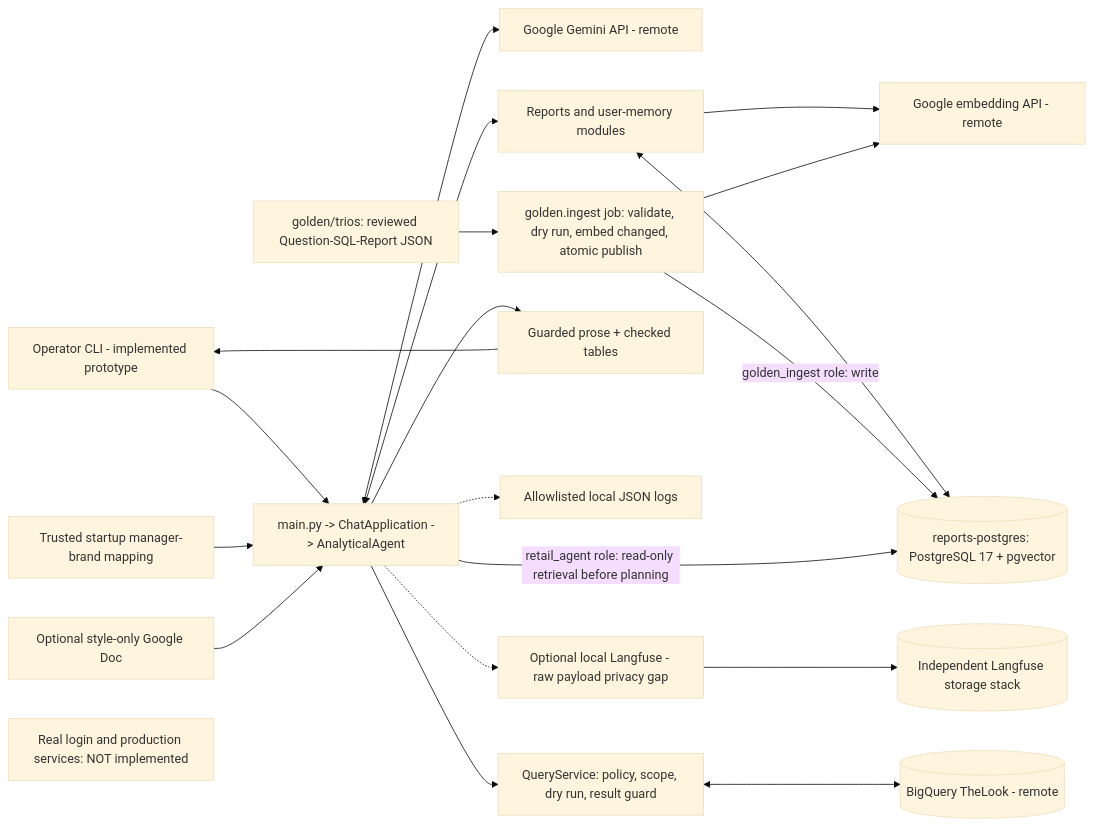
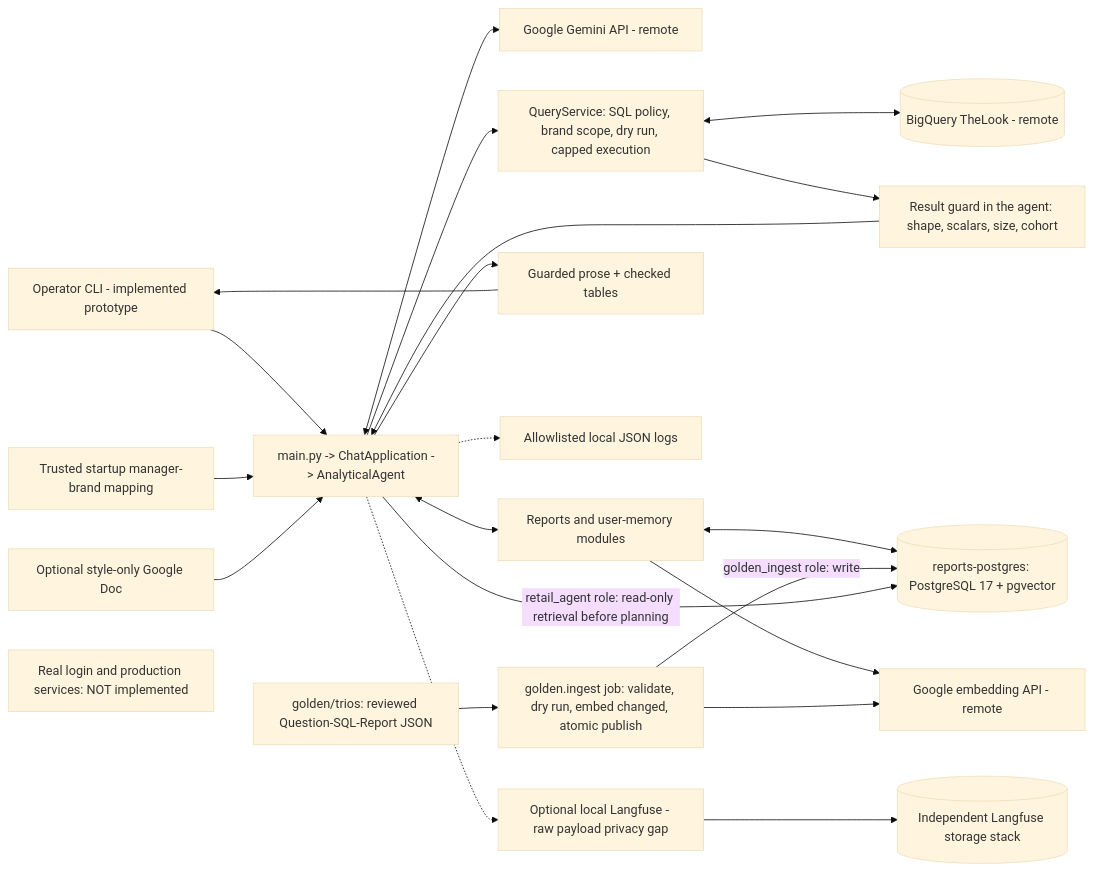
One commit to BenFruit/opsfleet_retail changed the diagram in HLD/architecture-overview.mmd. Above: the diagram before and after it, drawn with Mermaid (base theme). The commit also changed 44 other files, not shown here.

```diff
--- a/HLD/architecture-overview.mmd
+++ b/HLD/architecture-overview.mmd
@@ -1,20 +1,22 @@
 flowchart LR
     U["Operator CLI - implemented prototype"] --> APP["main.py -> ChatApplication -> AnalyticalAgent"]
     ACCESS["Trusted startup manager-brand mapping"] --> APP
     DOC["Optional style-only Google Doc"] --> APP
     APP <--> LLM["Google Gemini API - remote"]
-    APP --> QS["QueryService: policy, scope, dry run, result guard"]
+    APP --> QS["QueryService: SQL policy, brand scope, dry run, capped execution"]
     QS <--> BQ[("BigQuery TheLook - remote")]
     APP <--> RM["Reports and user-memory modules"]
     RM <--> PG[("reports-postgres: PostgreSQL 17 + pgvector")]
     RM --> EMB["Google embedding API - remote"]
+    QS --> RG["Result guard in the agent: shape, scalars, size, cohort"]
+    RG --> APP
     APP --> OUT["Guarded prose + checked tables"]
     OUT --> U
     APP -.-> LOG["Allowlisted local JSON logs"]
     APP -.-> LF["Optional local Langfuse - raw payload privacy gap"]
     LF --> STORE[("Independent Langfuse storage stack")]
     BUCKET["golden/trios: reviewed Question-SQL-Report JSON"] --> INGEST["golden.ingest job: validate, dry run, embed changed, atomic publish"]
     INGEST -->|"golden_ingest role: write"| PG
     APP -->|"retail_agent role: read-only retrieval before planning"| PG
     INGEST --> EMB
     FUTURE["Real login and production services: NOT implemented"]
```
